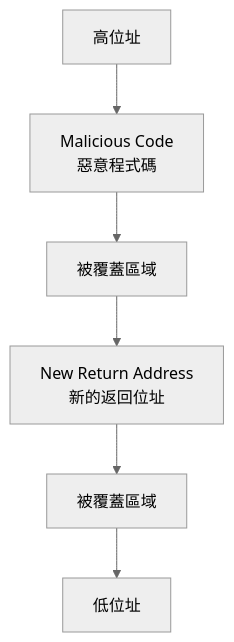
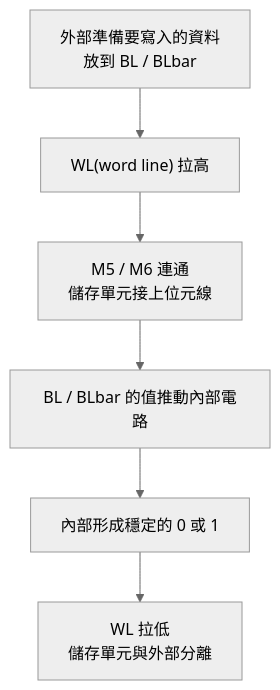
The third of 4 diagrams in docs/md/114-2/科技_計算機結構/ch 5.md (peicd100/university-notes), drawn with Mermaid (neutral theme) before and after one commit. The commit also changed other lines of this file and 10 other files, not shown here.

````diff
--- a/docs/md/114-2/科技_計算機結構/ch 5.md
+++ b/docs/md/114-2/科技_計算機結構/ch 5.md
@@ -306,8 +293,8 @@
 ```mermaid
-flowchart TB
-    A["高位址"] --> B["Malicious Code<br>惡意程式碼"]
-    B --> C["被覆蓋區域"]
-    C --> D["New Return Address<br>新的返回位址"]
-    D --> E["被覆蓋區域"]
-    E --> F["低位址"]
+flowchart TD
+    A["外部準備要寫入的資料<br>放到 BL / BLbar"] --> B["WL(word line) 拉高"]
+    B --> C["M5 / M6 連通<br>儲存單元接上位元線"]
+    C --> D["BL / BLbar 的值推動內部電路"]
+    D --> E["內部形成穩定的 0 或 1"]
+    E --> F["WL 拉低<br>儲存單元與外部分離"]
 ```
````
